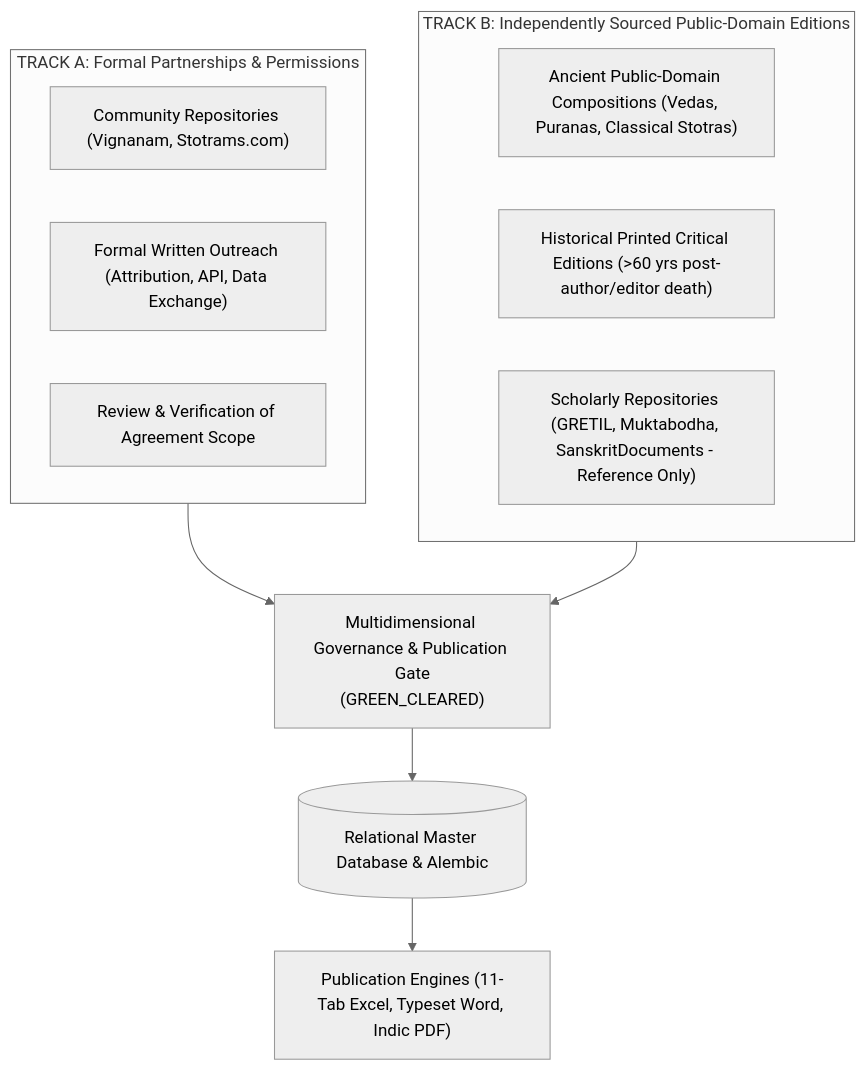
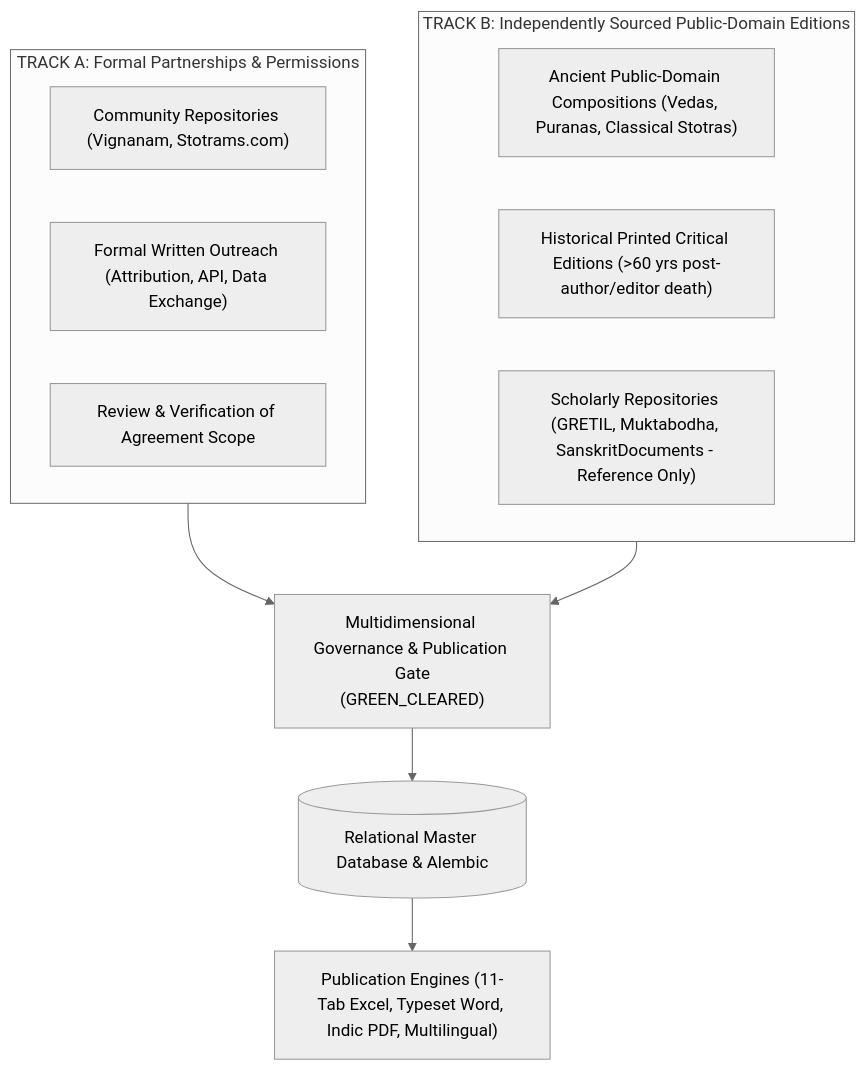
One commit to thegr8gv1/vedam changed the first of 2 diagrams in documentation/project_roadmap/MASTER_PLAN.md. Above: the diagram before and after it, drawn with Mermaid (neutral theme). The commit also changed other lines of this file and 27 other files, not shown here.

Commit message:
Complete Phase 5 Batch 2 & Phase 6A Multilingual Foundation: reconciliation, Batch 2 ingestion (Venkateswara, Purusha, Durga), 22-language architecture, glossary, transliteration, 108 pilot translations, QA framework, 42 publications, and 113 passing tests

````diff
--- a/documentation/project_roadmap/MASTER_PLAN.md
+++ b/documentation/project_roadmap/MASTER_PLAN.md
@@ -37,17 +37,17 @@
 ```mermaid
 flowchart TD
     subgraph TrackA ["TRACK A: Formal Partnerships & Permissions"]
         A1["Community Repositories (Vignanam, Stotrams.com)"]
         A2["Formal Written Outreach (Attribution, API, Data Exchange)"]
         A3["Review & Verification of Agreement Scope"]
     end
     subgraph TrackB ["TRACK B: Independently Sourced Public-Domain Editions"]
         B1["Ancient Public-Domain Compositions (Vedas, Puranas, Classical Stotras)"]
         B2["Historical Printed Critical Editions (>60 yrs post-author/editor death)"]
         B3["Scholarly Repositories (GRETIL, Muktabodha, SanskritDocuments - Reference Only)"]
     end
     TrackA --> RightsEngine["Multidimensional Governance & Publication Gate<br>(GREEN_CLEARED)"]
     TrackB --> RightsEngine
     RightsEngine --> DB[(Relational Master Database & Alembic)]
-    DB --> Exporters["Publication Engines (11-Tab Excel, Typeset Word, Indic PDF)"]
+    DB --> Exporters["Publication Engines (11-Tab Excel, Typeset Word, Indic PDF, Multilingual)"]
 ```
````
